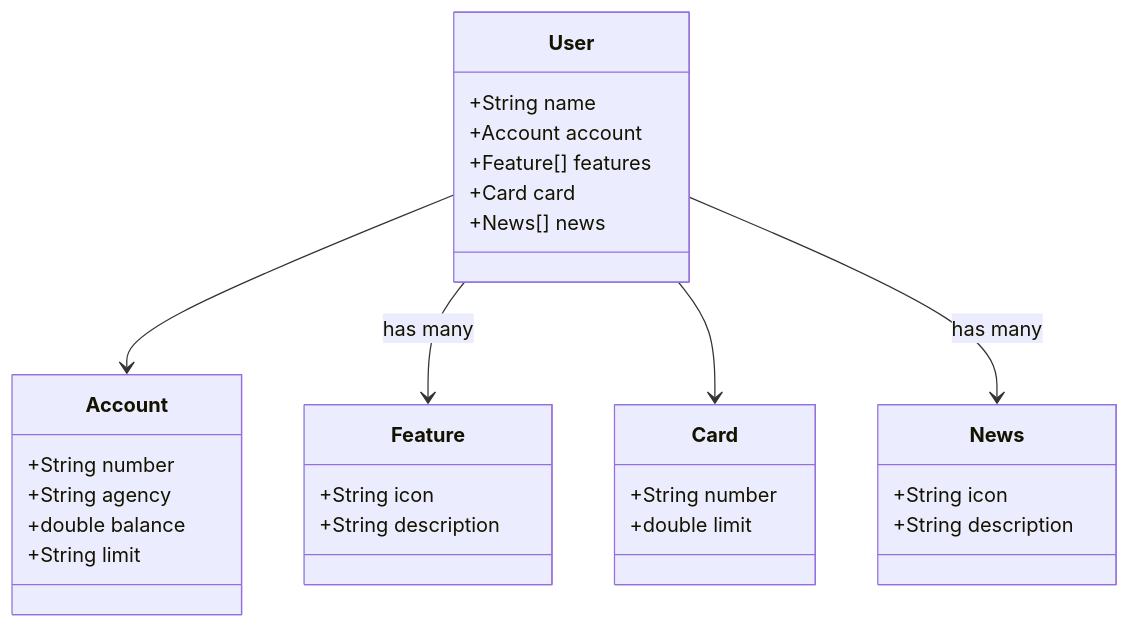
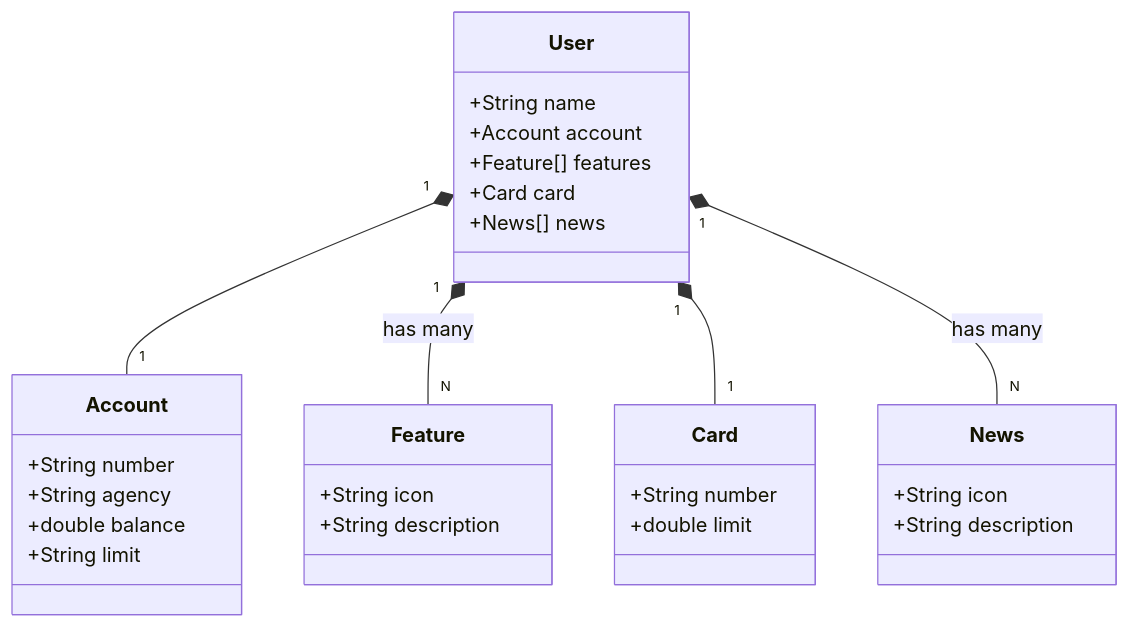
The diagram in README.md (LuanrnSilva/avanade-dev-week-2025), drawn with Mermaid before and after one commit.

````diff
--- a/README.md
+++ b/README.md
@@ -6,37 +6,37 @@
 ```mermaid
 classDiagram
     class User {
         +String name
         +Account account
         +Feature[] features
         +Card card
         +News[] news
     }
 
     class Account {
         +String number
         +String agency
         +double balance
         +String limit
     }
 
     class Feature {
         +String icon
         +String description
     }
 
     class Card {
         +String number
         +double limit
     }
 
     class News {
         +String icon
         +String description
     }
 
-    User --> Account
-    User --> Feature : has many
-    User --> Card
-    User --> News : has many
+    User "1" *-- "1" Account
+    User "1" *-- "N" Feature : has many
+    User "1" *-- "1" Card
+    User "1" *-- "N" News : has many
 ```
````
